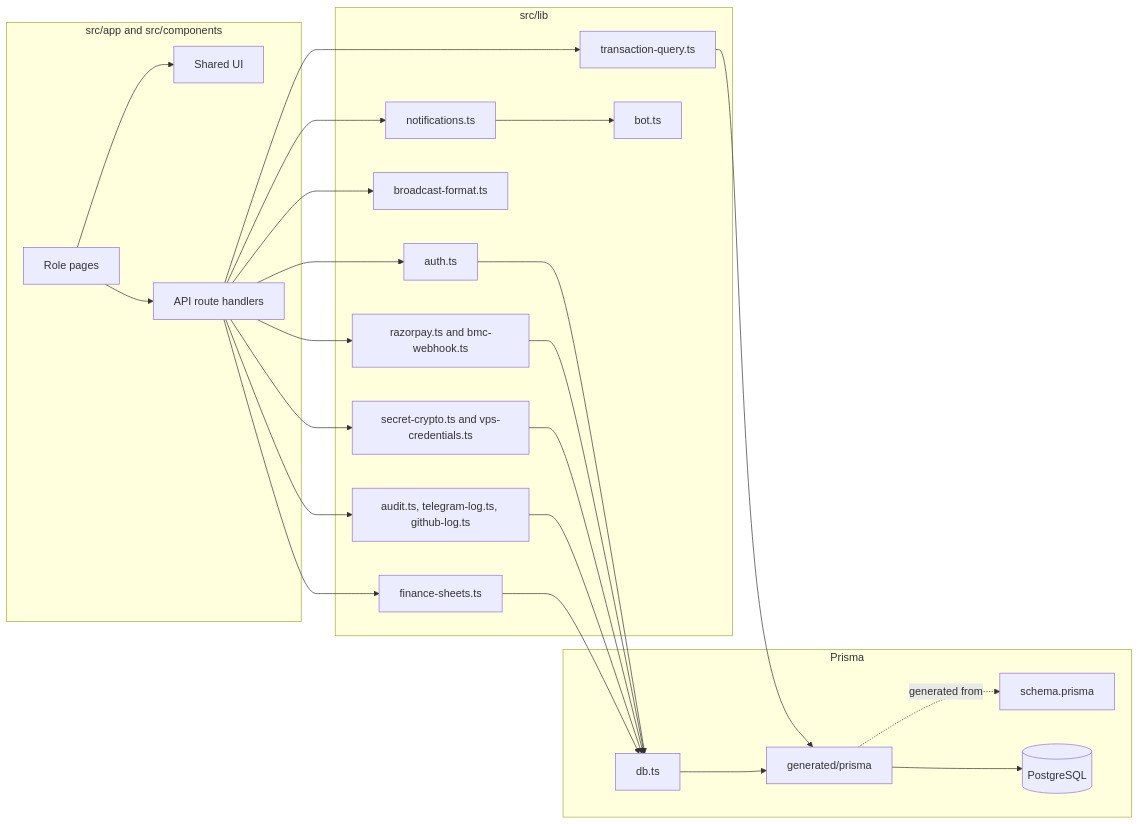
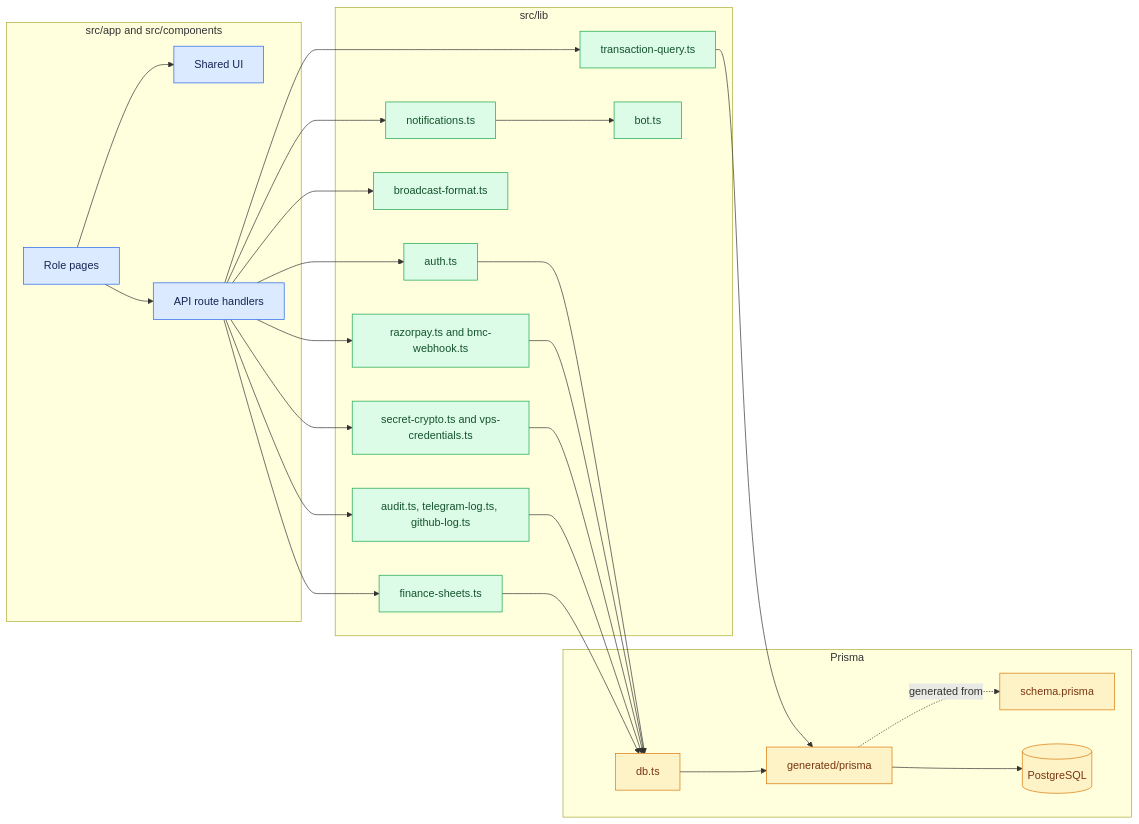
Before and after one commit to zxcvresque/Pzp-Sentinel: the fifth of 7 diagrams in README.md, drawn with Mermaid. The commit also changed other lines of this file and 26 other files, not shown here.

````diff
--- a/README.md
+++ b/README.md
@@ -323,48 +358,55 @@
 ```mermaid
 flowchart LR
     subgraph Presentation[src/app and src/components]
         PAGES[Role pages]
         UI[Shared UI]
         API[API route handlers]
     end
 
     subgraph Domain[src/lib]
         AUTH[auth.ts]
         TX[transaction-query.ts]
         NOTIFY[notifications.ts]
         FORMAT[broadcast-format.ts]
         PAY[razorpay.ts and bmc-webhook.ts]
         VAULT[secret-crypto.ts and vps-credentials.ts]
         AUDIT[audit.ts, telegram-log.ts, github-log.ts]
         SHEETS[finance-sheets.ts]
         BOTLIB[bot.ts]
     end
 
     subgraph Persistence[Prisma]
         DB[db.ts]
         CLIENT[generated/prisma]
         SCHEMA[schema.prisma]
         POSTGRES[(PostgreSQL)]
     end
 
     PAGES --> UI
     PAGES --> API
     API --> AUTH
     API --> TX
     API --> NOTIFY
     API --> FORMAT
     API --> PAY
     API --> VAULT
     API --> AUDIT
     API --> SHEETS
     NOTIFY --> BOTLIB
     AUTH --> DB
     TX --> CLIENT
     PAY --> DB
     VAULT --> DB
     AUDIT --> DB
     SHEETS --> DB
     DB --> CLIENT
     CLIENT -. generated from .-> SCHEMA
     CLIENT --> POSTGRES
+
+    classDef presentation fill:#dbeafe,stroke:#2563eb,color:#172554
+    classDef domain fill:#dcfce7,stroke:#16a34a,color:#14532d
+    classDef persistence fill:#fef3c7,stroke:#d97706,color:#78350f
+    class PAGES,UI,API presentation
+    class AUTH,TX,NOTIFY,FORMAT,PAY,VAULT,AUDIT,SHEETS,BOTLIB domain
+    class DB,CLIENT,SCHEMA,POSTGRES persistence
 ```
````
